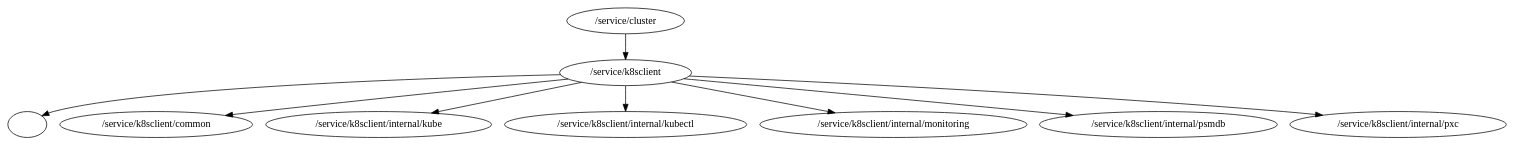
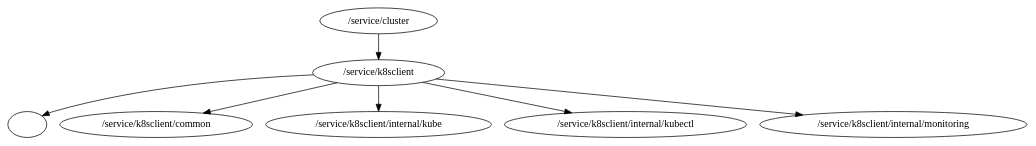
The diagram in packages.dot (percona/dbaas-controller), drawn with Graphviz before and after one commit.

Commit message:
PMM-10552 Fixed deps

```diff
--- a/packages.dot
+++ b/packages.dot
@@ -1,10 +1,8 @@
 digraph packages {
 	"/service/cluster" -> "/service/k8sclient";
 	"/service/k8sclient" -> "";
 	"/service/k8sclient" -> "/service/k8sclient/common";
 	"/service/k8sclient" -> "/service/k8sclient/internal/kube";
 	"/service/k8sclient" -> "/service/k8sclient/internal/kubectl";
 	"/service/k8sclient" -> "/service/k8sclient/internal/monitoring";
-	"/service/k8sclient" -> "/service/k8sclient/internal/psmdb";
-	"/service/k8sclient" -> "/service/k8sclient/internal/pxc";
 }
```
